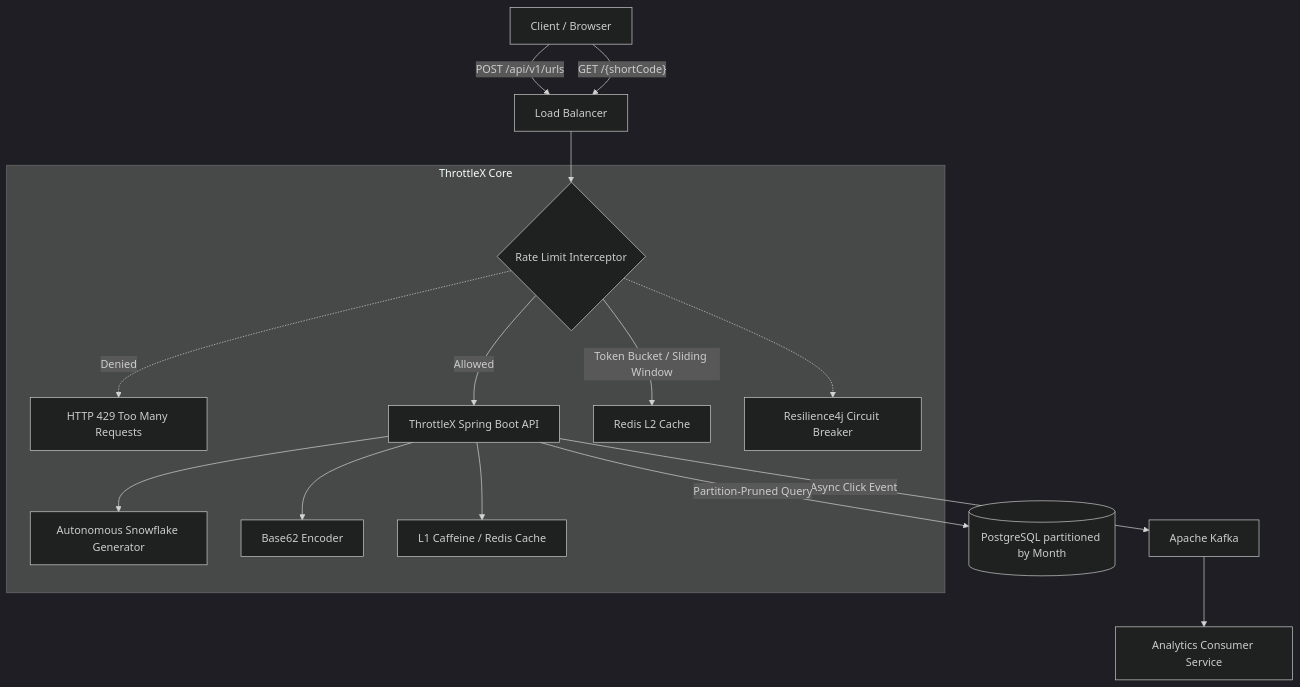
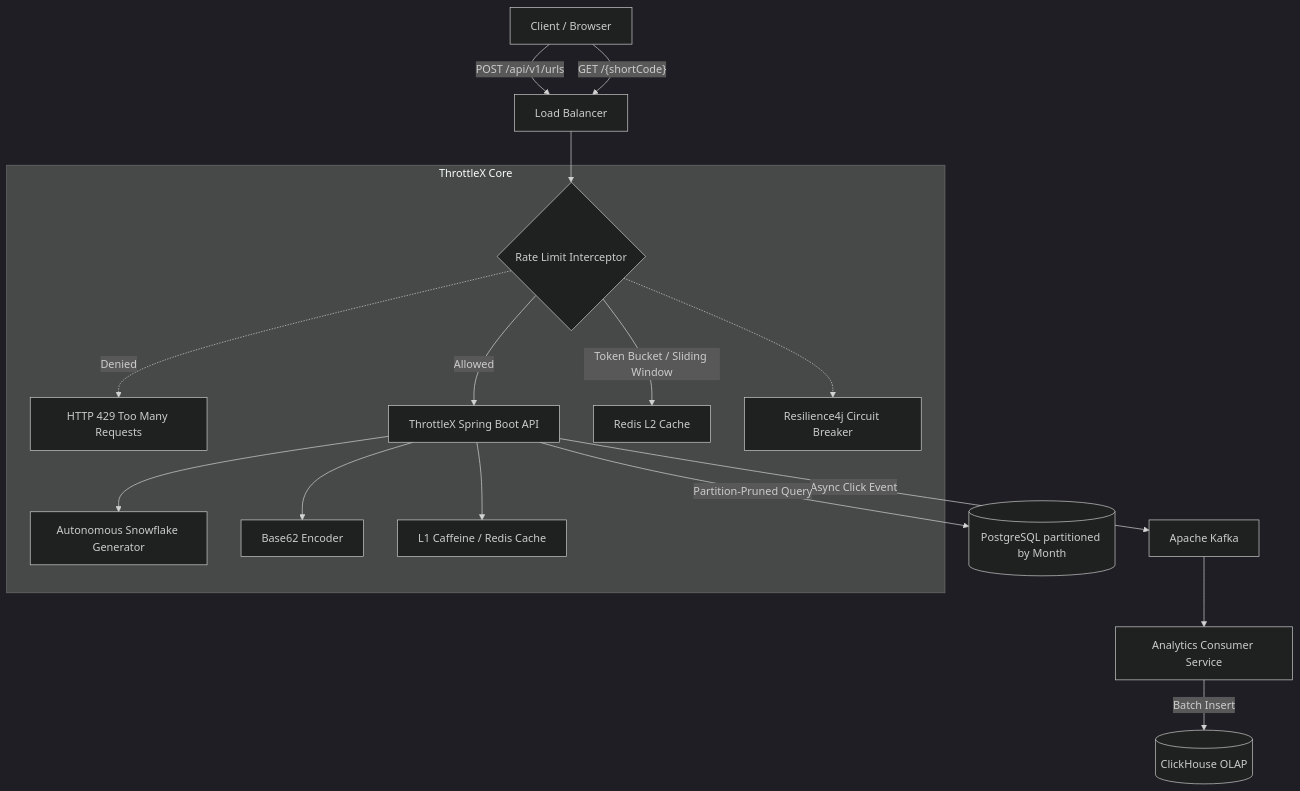
The diagram in README.md (Tarun1449/ThrotleX), drawn with Mermaid (dark theme) before and after one commit. The commit also changed other lines of this file, not shown here.

````diff
--- a/README.md
+++ b/README.md
@@ -13,24 +13,25 @@
 ```mermaid
 graph TD
     Client[Client / Browser] -->|"POST /api/v1/urls"| LB[Load Balancer]
     Client -->|"GET /{shortCode}"| LB
     
     LB --> Interceptor{Rate Limit Interceptor}
     
     subgraph ThrottleX Core
         Interceptor -->|Allowed| API[ThrottleX Spring Boot API]
         Interceptor -.->|Denied| 429[HTTP 429 Too Many Requests]
         
         Interceptor -->|Token Bucket / Sliding Window| Redis[Redis L2 Cache]
         Interceptor -.-> CircuitBreaker[Resilience4j Circuit Breaker]
         
         API --> Snowflake[Autonomous Snowflake Generator]
         API --> Base62[Base62 Encoder]
         API --> Cache[L1 Caffeine / Redis Cache]
     end
     
     API -->|Async Click Event| Kafka[Apache Kafka]
     API -->|Partition-Pruned Query| PG[(PostgreSQL partitioned by Month)]
     
     Kafka --> Analytics[Analytics Consumer Service]
+    Analytics -->|Batch Insert| ClickHouse[(ClickHouse OLAP)]
 ```
````
